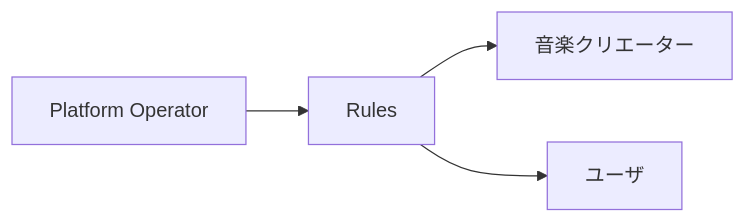
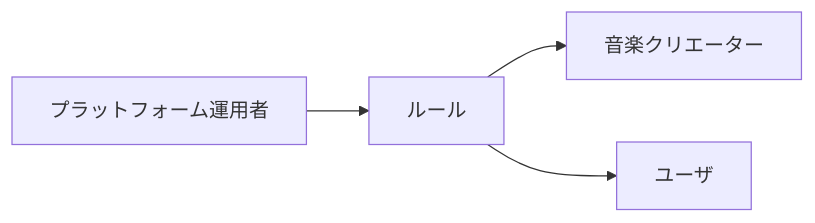
Before and after one commit to ShigeichiroYamasaki/creator-first-platform: the sixth of 11 diagrams in docs/whitepaper/02-market.md, drawn with Mermaid. The commit also changed other lines of this file and 72 other files, not shown here.

````diff
--- a/docs/whitepaper/02-market.md
+++ b/docs/whitepaper/02-market.md
@@ -234,6 +234,6 @@
 ```mermaid
 flowchart LR
-    OP[Platform Operator] --> RULE[Rules]
+    OP[プラットフォーム運用者] --> RULE[ルール]
     RULE --> CREATOR[音楽クリエーター]
     RULE --> USER[ユーザ]
 ```
````
